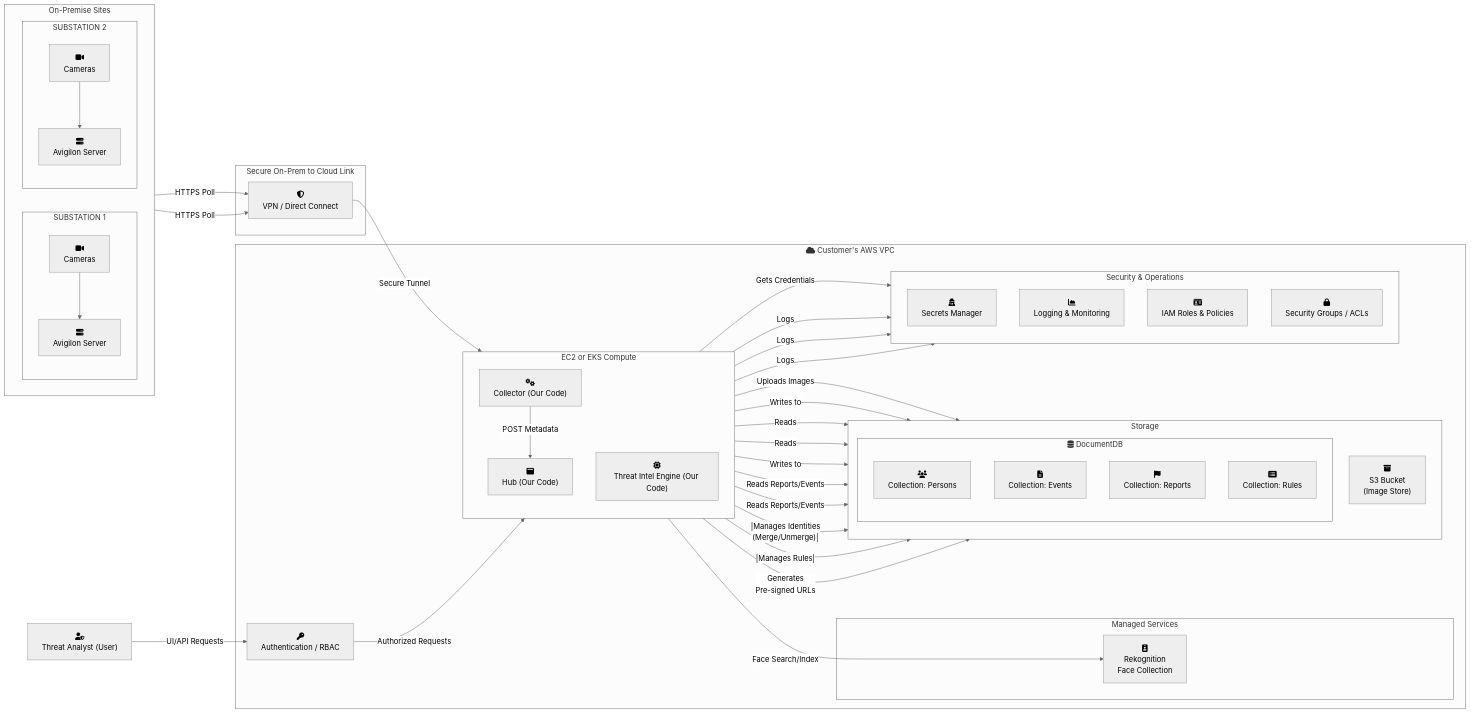
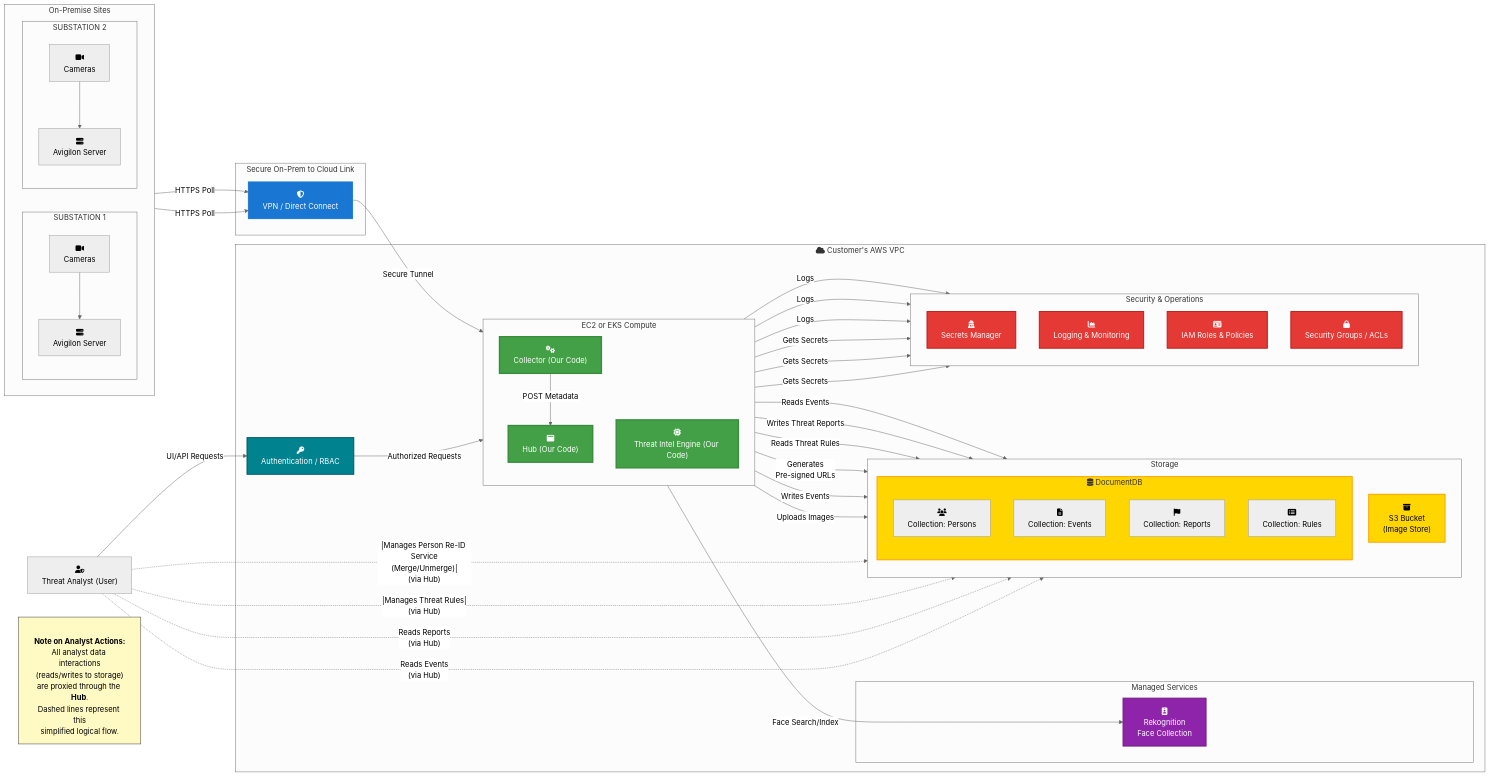
The diagram in System Diagram.md (mscdw/Duke-Backend), drawn with Mermaid before and after one commit. The commit also changed other lines of this file, not shown here.

Commit message:
Update System Diagram.md

````diff
--- a/System Diagram.md
+++ b/System Diagram.md
@@ -22,88 +22,104 @@
 ```mermaid
-%%{init: { 'theme': 'neutral' }}%%
-graph LR
-  %% External User & On-Prem
-  human_analyst["fa:fa-user-shield<br>Threat Analyst (User)"]
-
-  subgraph "On-Premise Sites"
+---
+config:
+  theme: neutral
+  layout: fixed
+---
+flowchart LR
+ subgraph subGraph0["SUBSTATION 1"]
+    direction TB
+        avigilon1["fa:fa-server<br>Avigilon Server"]
+        cameras_s1["fa:fa-video<br>Cameras"]
+  end
+ subgraph subGraph1["SUBSTATION 2"]
+    direction TB
+        avigilon2["fa:fa-server<br>Avigilon Server"]
+        cameras_s2["fa:fa-video<br>Cameras"]
+  end
+ subgraph subGraph2["On-Premise Sites"]
     direction LR
-    subgraph SUBSTATION 1
-      direction TB
-      cameras_s1["fa:fa-video<br>Cameras"] --> avigilon1["fa:fa-server<br>Avigilon Server"]
-    end
-    subgraph SUBSTATION 2
-      direction TB
-      cameras_s2["fa:fa-video<br>Cameras"] --> avigilon2["fa:fa-server<br>Avigilon Server"]
-    end
+        subGraph0
+        subGraph1
+  end
+ subgraph subGraph3["Secure On-Prem to Cloud Link"]
+        vpn["fa:fa-shield-alt<br>VPN / Direct Connect"]
+  end
+ subgraph subGraph4["EC2 or EKS Compute"]
+    direction TB
+        collector["fa:fa-cogs<br>Collector (Our Code)"]
+        hub["fa:fa-window-maximize<br>Hub (Our Code)"]
+        threat_intel_engine["fa:fa-microchip<br>Threat Intel Engine (Our Code)"]
+  end
+ subgraph subGraph5["Managed Services"]
+        rekognition_collection["fa:fa-id-badge<br>Rekognition<br>Face Collection"]
+  end
+ subgraph subGraph6["fa:fa-database DocumentDB"]
+        persons_coll["fa:fa-users<br>Collection: Persons"]
+        events_coll["fa:fa-file-alt<br>Collection: Events"]
+        reports_coll["fa:fa-flag<br>Collection: Reports"]
+        rules_coll["fa:fa-list-alt<br>Collection: Rules"]
+  end
+ subgraph Storage["Storage"]
+    direction TB
+        s3_bucket["fa:fa-archive<br>S3 Bucket<br>(Image Store)"]
+        subGraph6
+  end
+ subgraph subGraph8["Security & Operations"]
+    direction TB
+        secrets_manager["fa:fa-user-secret<br>Secrets Manager"]
+        cloudwatch["fa:fa-chart-area<br>Logging &amp; Monitoring"]
+        iam["fa:fa-id-card<br>IAM Roles &amp; Policies"]
+        sg["fa:fa-lock<br>Security Groups / ACLs"]
+  end
+ subgraph subGraph9["fa:fa-cloud Customer's AWS VPC"]
+        rbac["fa:fa-key<br>Authentication / RBAC"]
+        subGraph4
+        subGraph5
+        Storage
+        subGraph8
   end
 
-  subgraph "Secure On-Prem to Cloud Link"
-    vpn["fa:fa-shield-alt<br>VPN / Direct Connect"]
-  end
+    cameras_s1 --> avigilon1
+    cameras_s2 --> avigilon2
+    human_analyst["fa:fa-user-shield<br>Threat Analyst (User)"] -- UI/API Requests --> rbac
+    rbac -- Authorized Requests --> hub
+    human_analyst -. Reads Events<br>(via Hub) .-> events_coll
+    human_analyst -. Reads Reports<br>(via Hub) .-> reports_coll
+    human_analyst -. |Manages Threat Rules|<br>(via Hub) .-> rules_coll
+    human_analyst -. "|Manages Person Re-ID Service<br>(Merge/Unmerge)|<br>(via Hub)" .-> persons_coll
+    avigilon1 -- HTTPS Poll --> vpn
+    avigilon2 -- HTTPS Poll --> vpn
+    vpn -- Secure Tunnel --> collector
+    collector -- Uploads Images --> s3_bucket
+    hub -- Writes Events --> events_coll
+    hub -- "Generates<br>Pre-signed URLs" --> s3_bucket
+    threat_intel_engine -- Reads Threat Rules --> rules_coll
+    threat_intel_engine -- Writes Threat Reports --> reports_coll
+    collector -- Face Search/Index --> rekognition_collection
+    collector -- Gets Secrets --> secrets_manager
+    hub -- Gets Secrets --> secrets_manager
+    threat_intel_engine -- Gets Secrets --> secrets_manager
+    collector -- POST Metadata --> hub
+    threat_intel_engine -- Reads Events --> events_coll
+    collector -- Logs --> cloudwatch
+    hub -- Logs --> cloudwatch
+    threat_intel_engine -- Logs --> cloudwatch
 
-  %% Cloud Infrastructure
-  subgraph "fa:fa-cloud Customer's AWS VPC"
-    rbac["fa:fa-key<br>Authentication / RBAC"]
-    
-    subgraph "EC2 or EKS Compute"
-      direction TB
-      collector["fa:fa-cogs<br>Collector (Our Code)"]
-      hub["fa:fa-window-maximize<br>Hub (Our Code)"]
-      threat_intel_engine["fa:fa-microchip<br>Threat Intel Engine (Our Code)"]
-    end
+    note_analyst_flow["<br><b>Note on Analyst Actions:</b><br>All analyst data interactions<br>(reads/writes to storage)<br>are proxied through the <b>Hub</b>.<br>Dashed lines represent this<br>simplified logical flow.<br>"]
+    style note_analyst_flow fill:#fff9c4,stroke:#333,stroke-width:1px
 
-    subgraph "Managed Services"
-        rekognition_collection["fa:fa-id-badge<br>Rekognition<br>Face Collection"]
-    end
+    %% Key infrastructure color classes
+    style vpn fill:#1976d2,stroke:#1976d2,stroke-width:2px,color:#fff
+    style collector fill:#43a047,stroke:#388e3c,stroke-width:3px,color:#fff
+    style hub fill:#43a047,stroke:#388e3c,stroke-width:3px,color:#fff
+    style threat_intel_engine fill:#43a047,stroke:#388e3c,stroke-width:3px,color:#fff
+    style rekognition_collection fill:#8e24aa,stroke:#6d1b7b,stroke-width:2px,color:#fff
+    style s3_bucket fill:#ffd600,stroke:#ffa000,stroke-width:2px
+    style subGraph6 fill:#ffd600,stroke:#ffa000,stroke-width:2px
+    style secrets_manager fill:#e53935,stroke:#b71c1c,stroke-width:2px,color:#fff
+    style cloudwatch fill:#e53935,stroke:#b71c1c,stroke-width:2px,color:#fff
+    style iam fill:#e53935,stroke:#b71c1c,stroke-width:2px,color:#fff
+    style sg fill:#e53935,stroke:#b71c1c,stroke-width:2px,color:#fff
+    style rbac fill:#00838f,stroke:#005662,stroke-width:2px,color:#fff
 
-    subgraph "Storage"
-        direction TB
-        s3_bucket["fa:fa-archive<br>S3 Bucket<br>(Image Store)"]
-        subgraph "fa:fa-database DocumentDB"
-            persons_coll["fa:fa-users<br>Collection: Persons"]
-            events_coll["fa:fa-file-alt<br>Collection: Events"]
-            reports_coll["fa:fa-flag<br>Collection: Reports"]
-            rules_coll["fa:fa-list-alt<br>Collection: Rules"]
-        end
-    end
-     
-    subgraph "Security & Operations"
-      direction TB
-      secrets_manager["fa:fa-user-secret<br>Secrets Manager"]
-      cloudwatch["fa:fa-chart-area<br>Logging & Monitoring"]
-      iam["fa:fa-id-card<br>IAM Roles & Policies"]
-      sg["fa:fa-lock<br>Security Groups / ACLs"]
-    end
-  end
-
-  %% Data Flow & Connections
-  
-  %% On-Prem to Cloud Flow
-  avigilon1 -- "HTTPS Poll" --> vpn
-  avigilon2 -- "HTTPS Poll" --> vpn
-  vpn -- "Secure Tunnel" --> collector
-
-  %% Core Data Flow
-  collector -- "Gets Credentials" --> secrets_manager
-  collector -- "Uploads Images" --> s3_bucket
-  collector -- "Face Search/Index" --> rekognition_collection
-  collector -- "POST Metadata" --> hub
-  hub -- "Writes to" --> events_coll
-  
-  %% Analysis Flow
-  threat_intel_engine -- "Reads" --> events_coll
-  threat_intel_engine -- "Reads" --> rules_coll
-  threat_intel_engine -- "Writes to" --> reports_coll
-  
-  %% User Interaction & Management
-  human_analyst -- "UI/API Requests" --> rbac
-  rbac -- "Authorized Requests" --> hub
-  hub -- "Reads Reports/Events" --> reports_coll
-  hub -- "Reads Reports/Events" --> events_coll
-  hub -- "|Manages Identities<br>(Merge/Unmerge)|" --> persons_coll
-  hub -- "|Manages Rules|" --> rules_coll
-  hub -- "Generates<br>Pre-signed URLs" --> s3_bucket
-
-  %% Operations Flow
-  collector & hub & threat_intel_engine -- "Logs" --> cloudwatch
 ```
````
